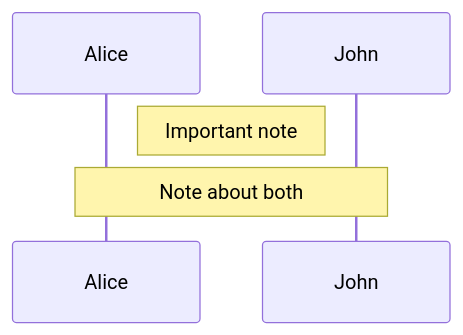
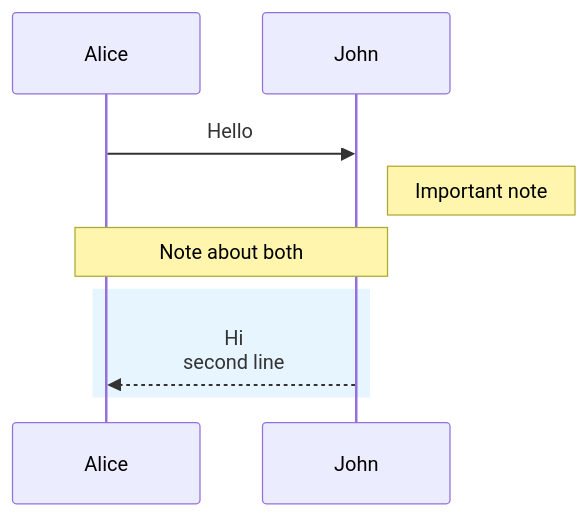
One commit to hgrabows/diagrammer-skills changed diagram 15 of 19 in skills/diagrammer/specs/mermaid/sequenceDiagram.md. Above: the diagram before and after it, drawn with Mermaid. The commit also changed other lines of this file and 25 other files, not shown here.

First line of the commit message:
feat: support Mermaid 12 and add ten diagram types

````diff
--- a/skills/diagrammer/specs/mermaid/sequenceDiagram.md
+++ b/skills/diagrammer/specs/mermaid/sequenceDiagram.md
@@ -146,5 +232,11 @@
 ```mermaid
 sequenceDiagram
-    Note right of Alice: Important note
+    participant Alice
+    participant John
+    Alice->>John: Hello
+    Note right of John: Important note
     Note over Alice,John: Note about both
+    rect rgb(230, 245, 255)
+        John-->>Alice: Hi<br/>second line
+    end
 ```
````
